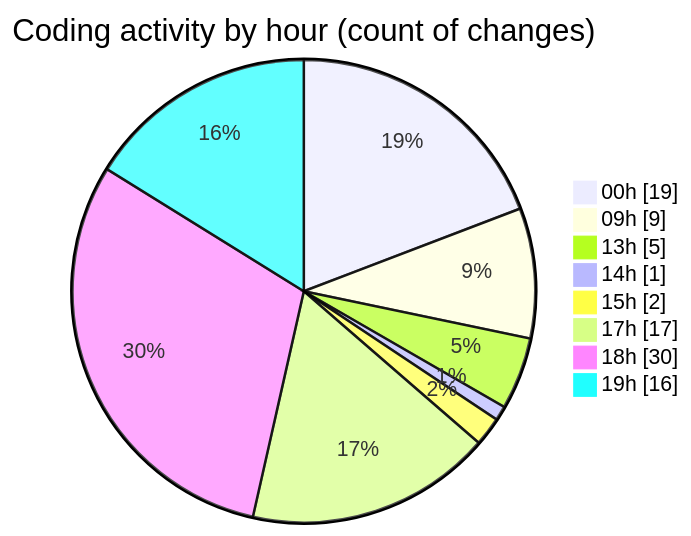
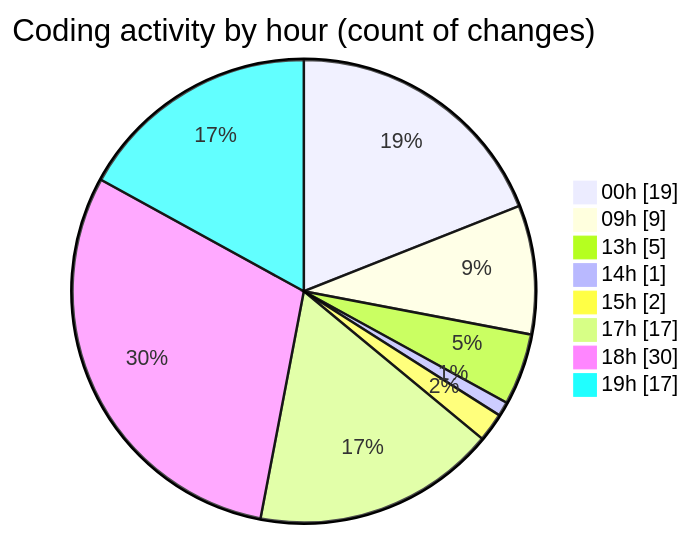
One commit to EIIisD/code-tracking changed the second of 2 diagrams in 2025-08-12/ribbon/README.md. Above: the diagram before and after it, drawn with Mermaid. The commit also changed other lines of this file and 1 other file, not shown here.

````diff
--- a/2025-08-12/ribbon/README.md
+++ b/2025-08-12/ribbon/README.md
@@ -51,12 +51,12 @@
 ```mermaid
 pie showData
 title Coding activity by hour (count of changes)
 "00h" : 19
 "09h" : 9
 "13h" : 5
 "14h" : 1
 "15h" : 2
 "17h" : 17
 "18h" : 30
-"19h" : 16
+"19h" : 17
 ```
````
